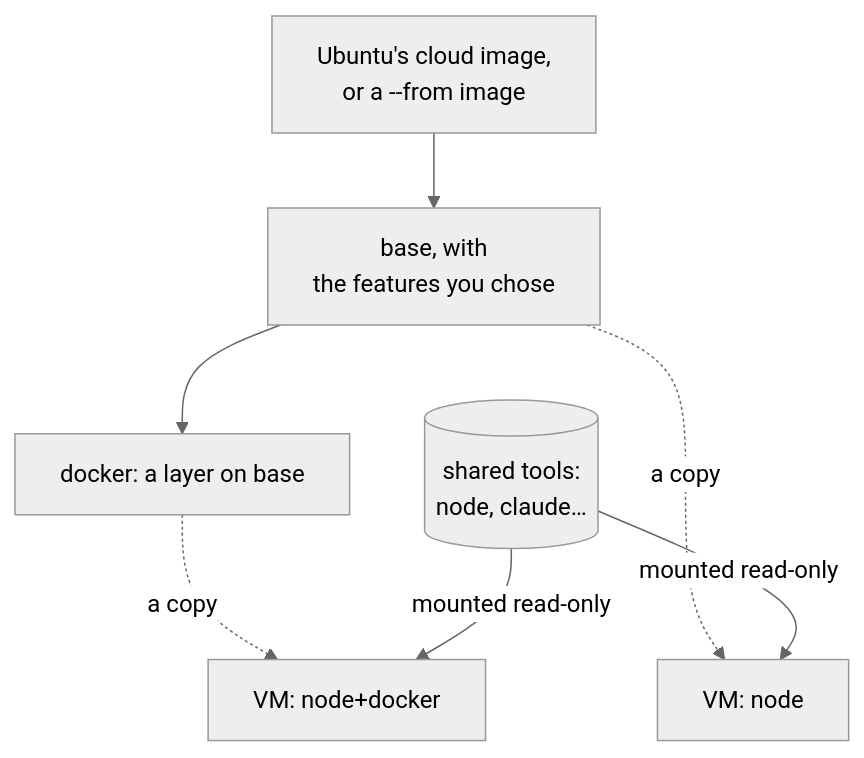
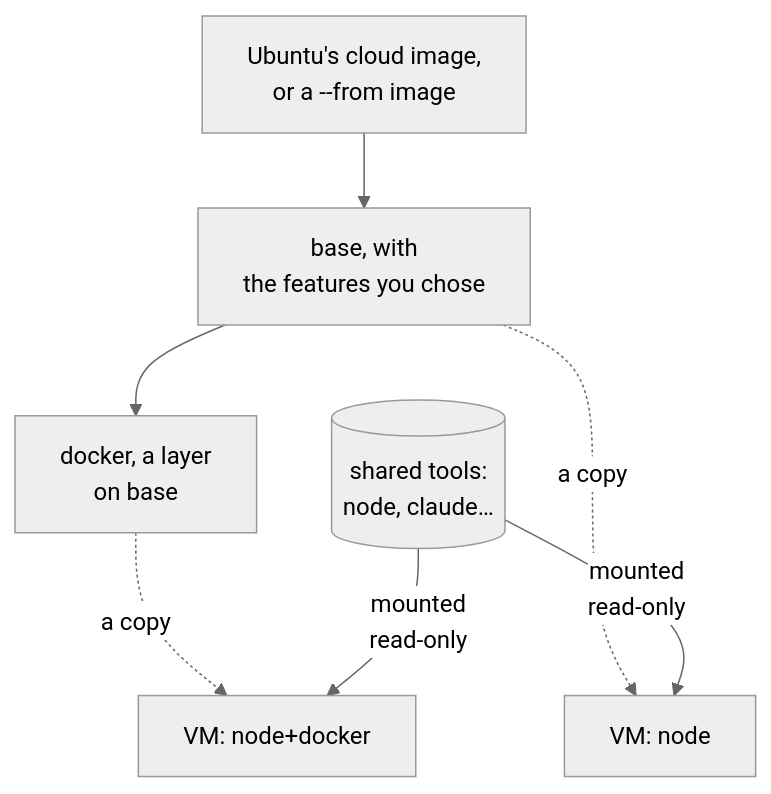
Before and after one commit to DustyPolk/devvm: the first of 2 diagrams in docs/content/docs/using/images.md, drawn with Mermaid (neutral theme). The commit also changed 4 other files, not shown here.

Commit message:
docs: diagrams for the proxy, the self-check and port forwarding; the rest fit the column

````diff
--- a/docs/content/docs/using/images.md
+++ b/docs/content/docs/using/images.md
@@ -8,8 +8,8 @@
 ```mermaid
 flowchart TD
   ubuntu["Ubuntu's cloud image,<br>or a --from image"] --> base["base, with<br>the features you chose"]
-  base --> docker["docker: a layer on base"]
+  base --> docker["docker, a layer<br>on base"]
   base -. "a copy" .-> vm1["VM: node"]
   docker -. "a copy" .-> vm2["VM: node+docker"]
-  tools[("shared tools:<br>node, claude…")] -- "mounted read-only" --> vm1 & vm2
+  tools[("shared tools:<br>node, claude…")] -- "mounted<br>read-only" --> vm1 & vm2
 ```
````
